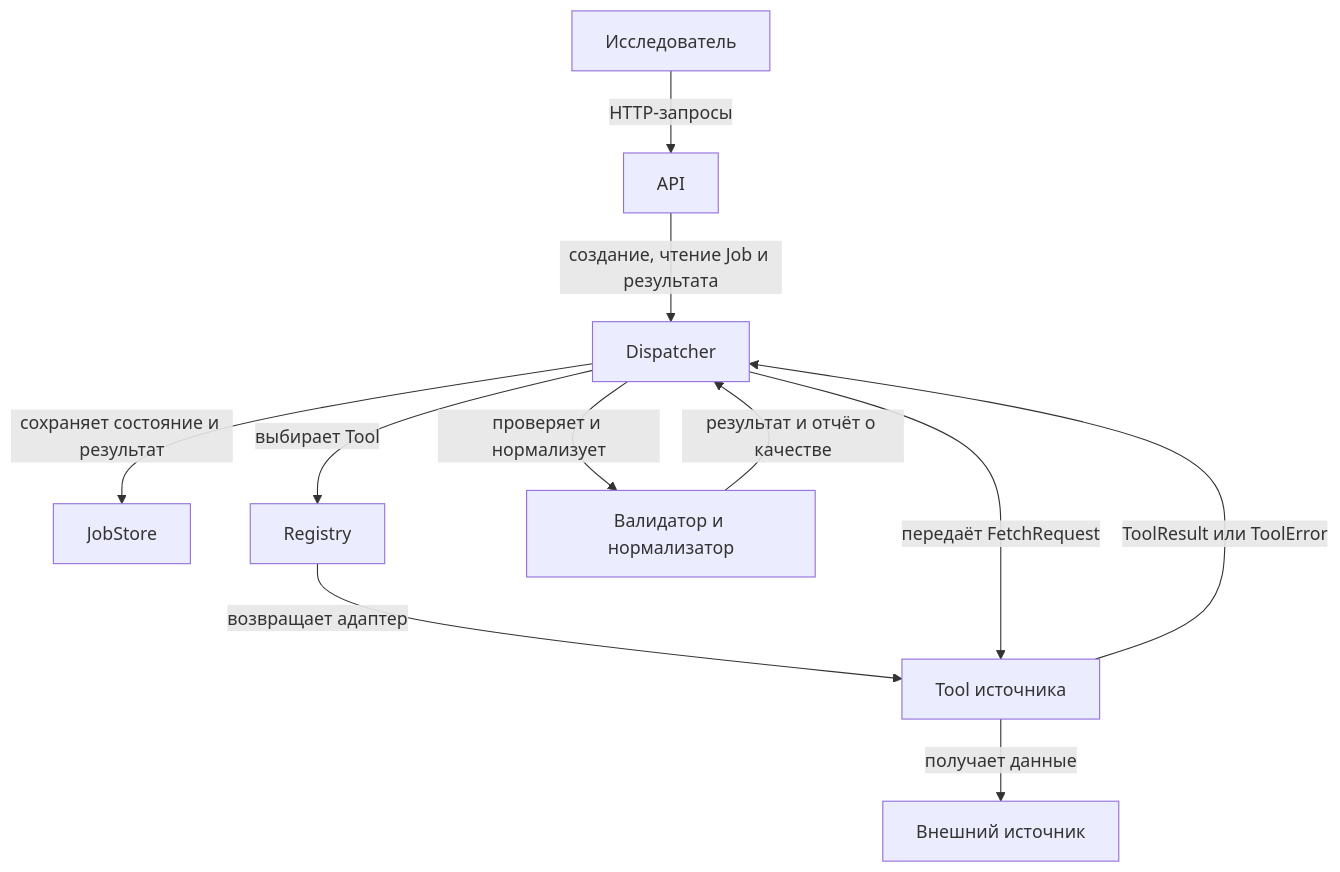
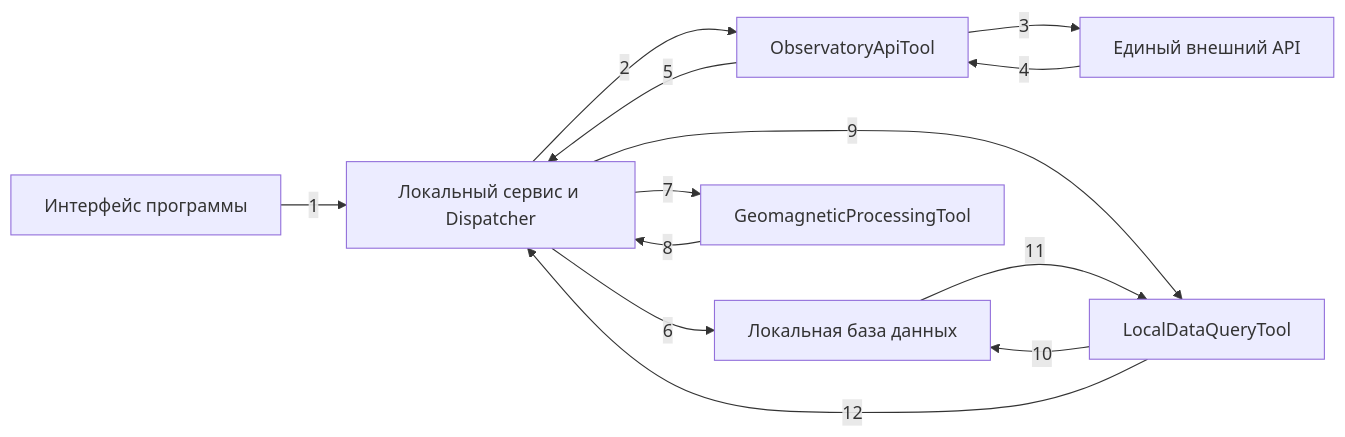
One commit to NaVi-4oK/team-amd changed the second of 3 diagrams in docs/architecture.md. Above: the diagram before and after it, drawn with Mermaid. The commit also changed other lines of this file, not shown here.

````diff
--- a/docs/architecture.md
+++ b/docs/architecture.md
@@ -40,13 +30,15 @@
 ```mermaid
-flowchart TD
-    researcher[Исследователь] -->|HTTP-запросы| api[API]
-    api -->|создание, чтение Job и результата| dispatcher[Dispatcher]
-    dispatcher -->|сохраняет состояние и результат| store[JobStore]
-    dispatcher -->|выбирает Tool| registry[Registry]
-    registry -->|возвращает адаптер| tool[Tool источника]
-    dispatcher -->|передаёт FetchRequest| tool
-    tool -->|получает данные| source[Внешний источник]
-    tool -->|ToolResult или ToolError| dispatcher
-    dispatcher -->|проверяет и нормализует| validator[Валидатор и нормализатор]
-    validator -->|результат и отчёт о качестве| dispatcher
+flowchart LR
+    ui[Интерфейс программы] -->|1| app[Локальный сервис и Dispatcher]
+    app -->|2| import[ObservatoryApiTool]
+    import -->|3| external[Единый внешний API]
+    external -->|4| import
+    import -->|5| app
+    app -->|6| db[Локальная база данных]
+    app -->|7| process[GeomagneticProcessingTool]
+    process -->|8| app
+    app -->|9| query[LocalDataQueryTool]
+    query -->|10| db
+    db -->|11| query
+    query -->|12| app
 ```
````
